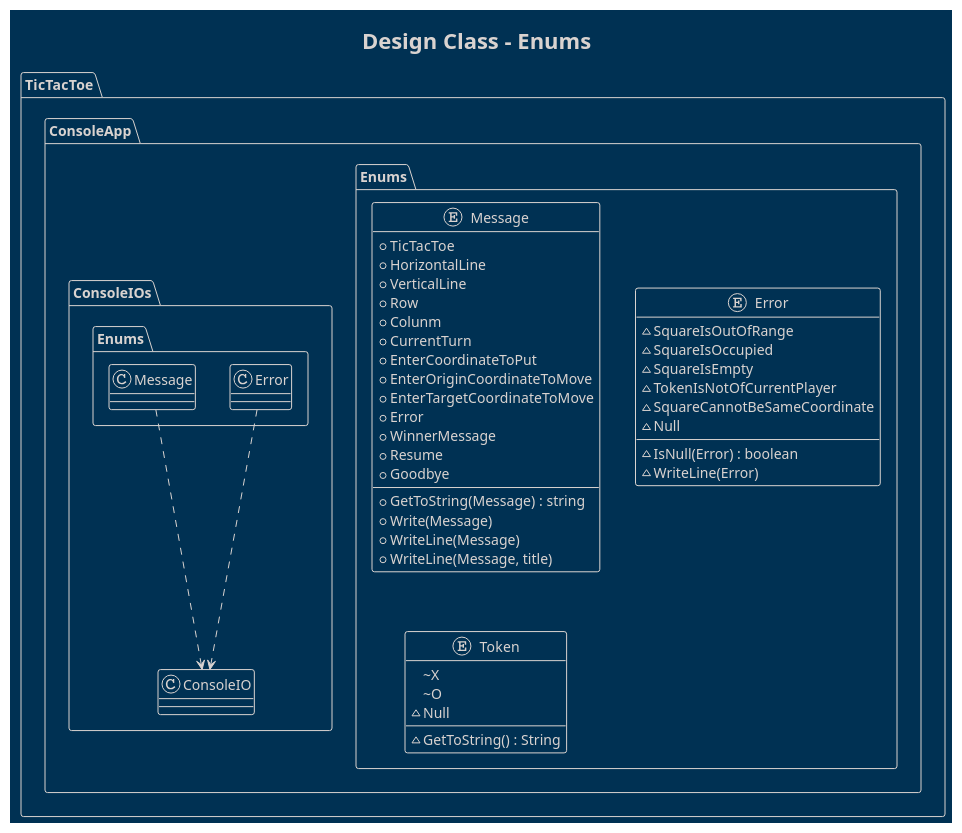
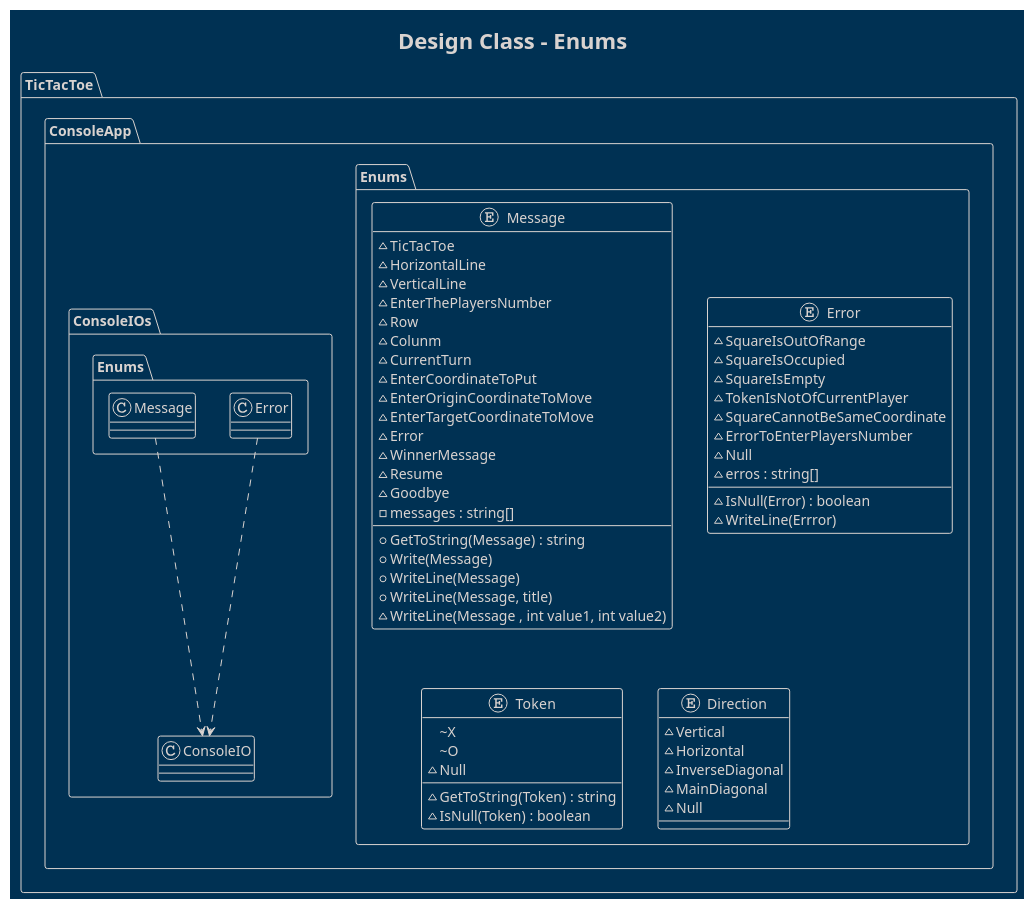
Before and after one commit to franpaulinoinfante/TicTacToe: the eighth of 8 diagrams in src/DomainModel/WithMachine/Docs/Design.plantuml, drawn with PlantUML. The commit also changed other lines of this file and 11 other files, not shown here.

```diff
--- a/src/DomainModel/WithMachine/Docs/Design.plantuml
+++ b/src/DomainModel/WithMachine/Docs/Design.plantuml
@@ -379,56 +414,69 @@
 @startuml Design Class Enums
     !theme blueprint
     title Design Class - Enums
 
     package TicTacToe{
         package ConsoleApp{  
 
             namespace Enums{
                 enum Message{
-                    +TicTacToe
-                    +HorizontalLine
-                    +VerticalLine
-                    +Row
-                    +Colunm
-                    +CurrentTurn
-                    +EnterCoordinateToPut
-                    +EnterOriginCoordinateToMove
-                    +EnterTargetCoordinateToMove
-                    +Error
-                    +WinnerMessage
-                    +Resume
-                    +Goodbye
+                    ~TicTacToe
+                    ~HorizontalLine
+                    ~VerticalLine
+                    ~EnterThePlayersNumber
+                    ~Row
+                    ~Colunm
+                    ~CurrentTurn
+                    ~EnterCoordinateToPut
+                    ~EnterOriginCoordinateToMove
+                    ~EnterTargetCoordinateToMove
+                    ~Error
+                    ~WinnerMessage
+                    ~Resume
+                    ~Goodbye
+                    -messages : string[]
                     +GetToString(Message) : string
                     +Write(Message)
                     +WriteLine(Message)
                     +WriteLine(Message, title)
+                    ~WriteLine(Message , int value1, int value2)
                 }
 
                 enum Error{
                     ~SquareIsOutOfRange
                     ~SquareIsOccupied
                     ~SquareIsEmpty
                     ~TokenIsNotOfCurrentPlayer
                     ~SquareCannotBeSameCoordinate
+                    ~ErrorToEnterPlayersNumber
                     ~Null
+                    ~erros : string[]
                     ~IsNull(Error) : boolean
-                    ~WriteLine(Error)
+                    ~WriteLine(Errror)
                 }
 
                 enum Token{
                     ~X
                     ~O
                     ~Null
-                    ~GetToString() : String
+                    ~GetToString(Token) : string
+                    ~IsNull(Token) : boolean
+                }
+                enum Direction{                    
+                    ~Vertical
+                    ~Horizontal
+                    ~InverseDiagonal
+                    ~MainDiagonal
+                    ~Null
                 }
             }
 
             namespace ConsoleIOs{
                 class ConsoleIO{
                 }
                 ConsoleIO <.up. Enums.Message
                 ConsoleIO <.up. Enums.Error
             }
         }
     }
 @enduml
```
